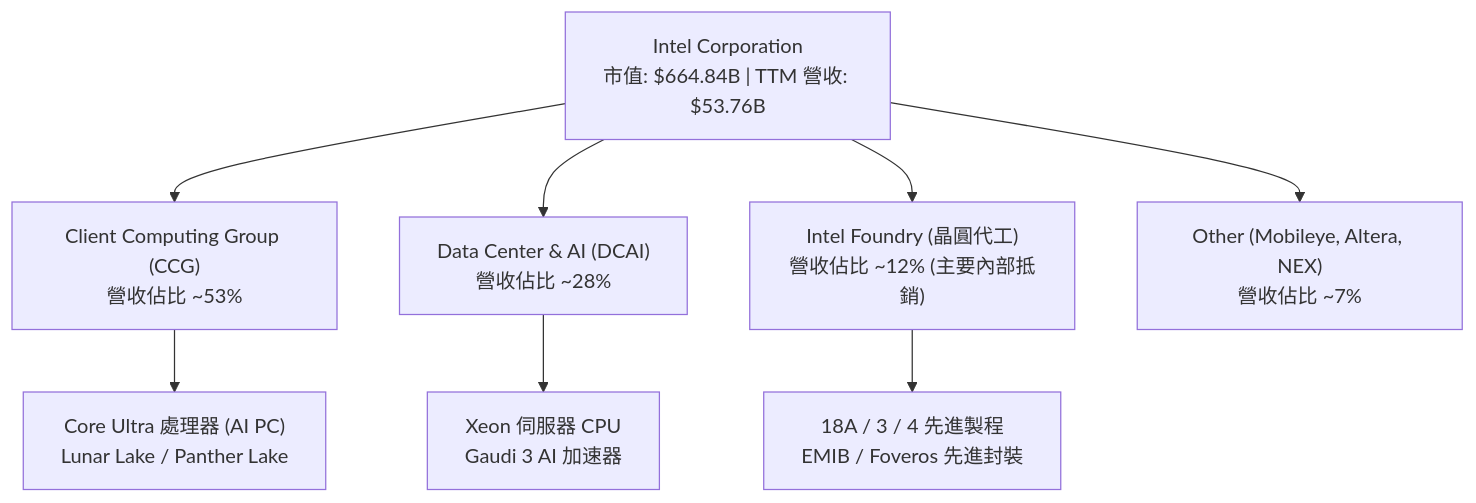
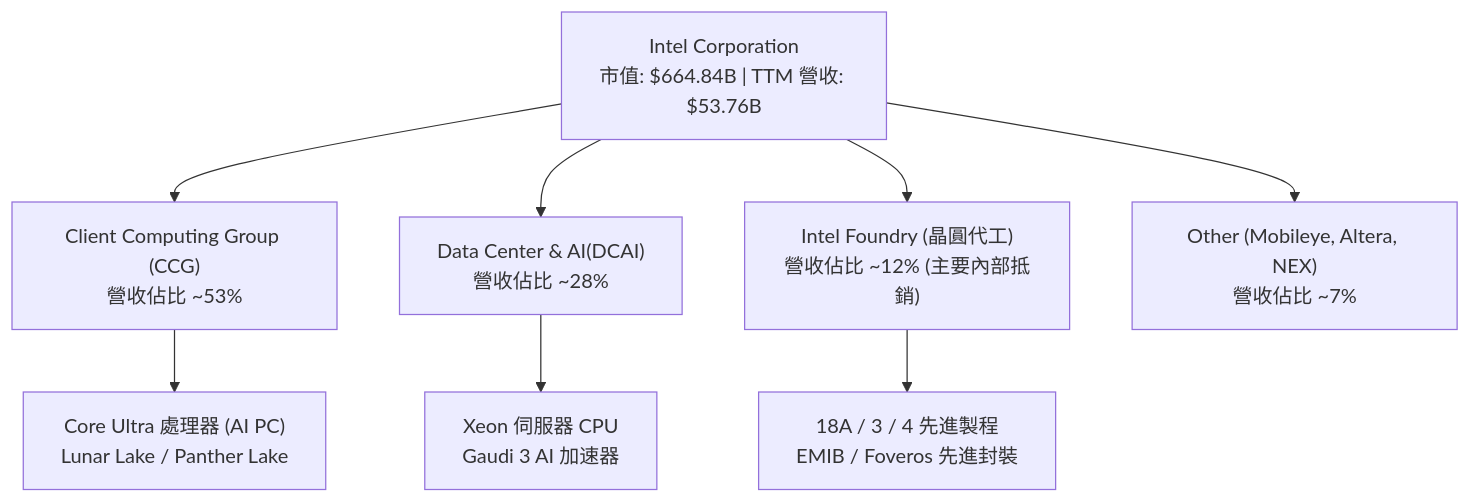
Before and after one commit to yennanliu/finance_data: the second of 7 diagrams in ai_gen_report/stock/intc/fundamental_analysis_2026-06-24_gemini.md, drawn with Mermaid. The commit also changed 2258 other files, not shown here.

First line of the commit message:
chore: backfill Mermaid syntax repair across existing reports

````diff
--- a/ai_gen_report/stock/intc/fundamental_analysis_2026-06-24_gemini.md
+++ b/ai_gen_report/stock/intc/fundamental_analysis_2026-06-24_gemini.md
@@ -128,17 +128,17 @@
 ```mermaid
 graph TD
     INTC["Intel Corporation<br/>市值: $664.84B | TTM 營收: $53.76B"]
     CCG["Client Computing Group (CCG)<br/>營收佔比 ~53%"]
-    DCAI["Data Center & AI (DCAI)<br/>營收佔比 ~28%"]
+    DCAI["Data Center & AI(DCAI)<br/>營收佔比 ~28%"]
     IF["Intel Foundry (晶圓代工)<br/>營收佔比 ~12% (主要內部抵銷)"]
     OTH["Other (Mobileye, Altera, NEX)<br/>營收佔比 ~7%"]
 
     INTC --> CCG
     INTC --> DCAI
     INTC --> IF
     INTC --> OTH
 
     CCG --> CCG1["Core Ultra 處理器 (AI PC)<br/>Lunar Lake / Panther Lake"]
     DCAI --> DCAI1["Xeon 伺服器 CPU<br/>Gaudi 3 AI 加速器"]
     IF --> IF1["18A / 3 / 4 先進製程<br/>EMIB / Foveros 先進封裝"]
 ```
````
